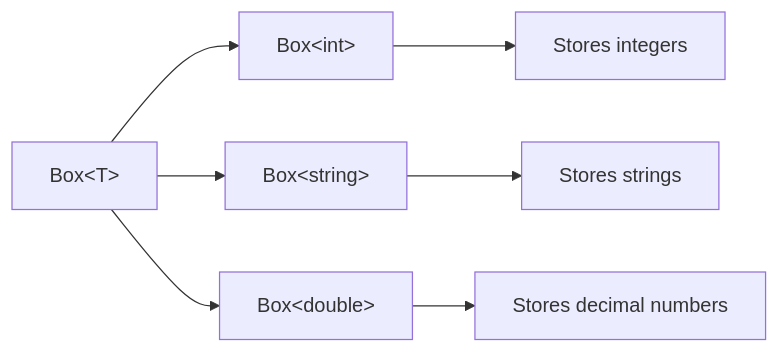
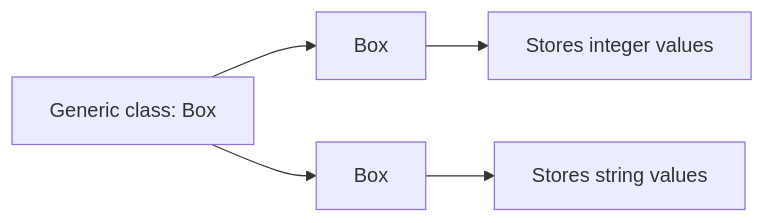
The first of 3 diagrams in README.md (emil720a1/GenericComparable-By-Richter-book), drawn with Mermaid before and after one commit. The commit also changed other lines of this file, not shown here.

````diff
--- a/README.md
+++ b/README.md
@@ -20,10 +18,8 @@
 ```mermaid
 flowchart LR
-    A["Box&lt;T&gt;"] --> B["Box&lt;int&gt;"]
-    A --> C["Box&lt;string&gt;"]
-    A --> D["Box&lt;double&gt;"]
+    A["Generic class: Box<T>"] --> B["Box<int>"]
+    A --> C["Box<string>"]
 
-    B --> B1["Stores integers"]
-    C --> C1["Stores strings"]
-    D --> D1["Stores decimal numbers"]
+    B --> D["Stores integer values"]
+    C --> E["Stores string values"]
 ```
````
